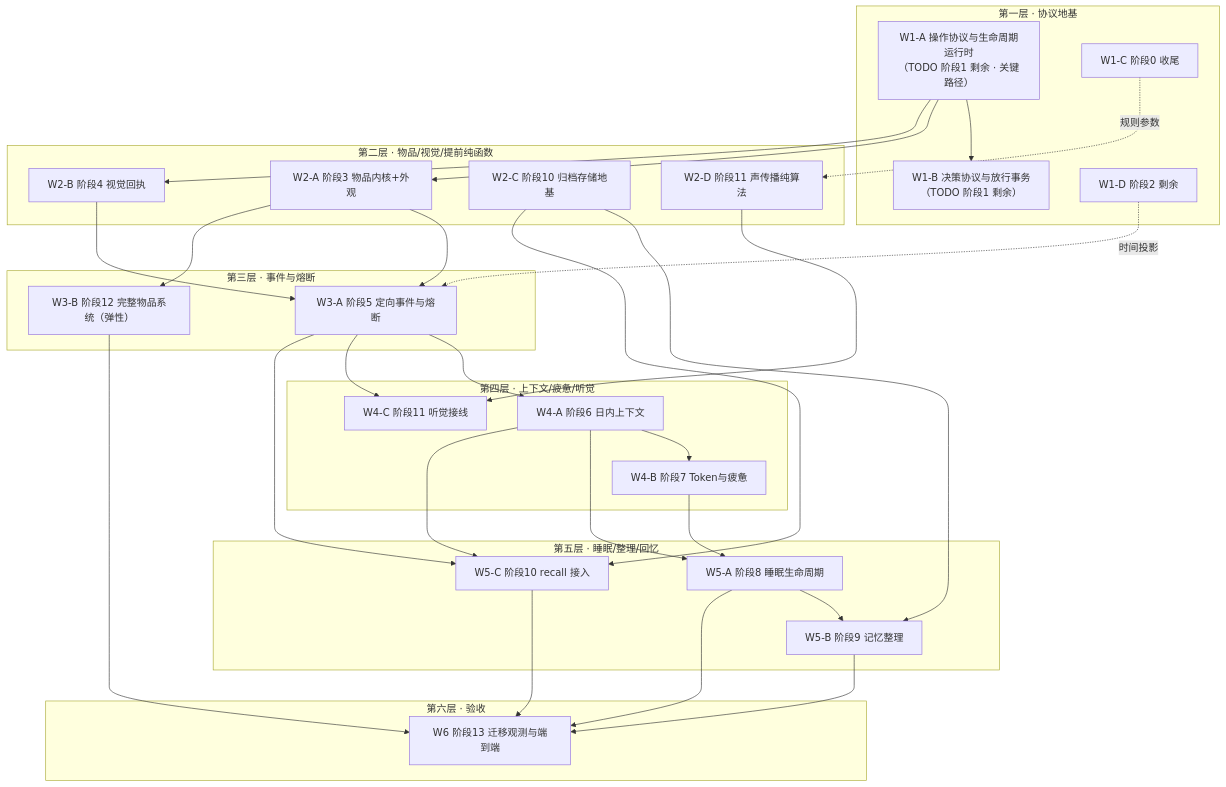
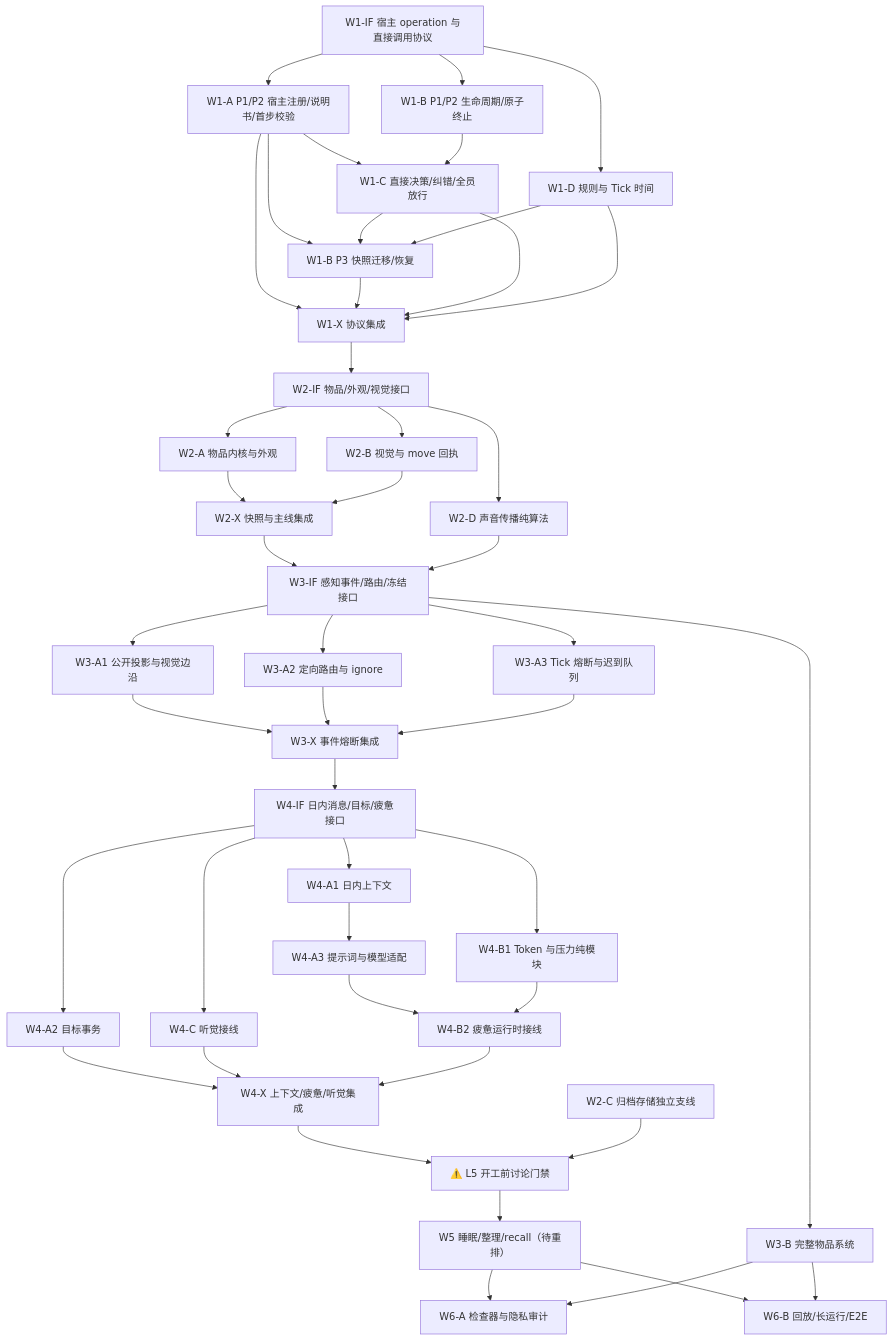
Before and after one commit to mitao-su/GodSimulation: the diagram in docs/architecture/character-context-parallel-waves.md, drawn with Mermaid. The commit also changed other lines of this file and 3 other files, not shown here.

````diff
--- a/docs/architecture/character-context-parallel-waves.md
+++ b/docs/architecture/character-context-parallel-waves.md
@@ -53,61 +63,53 @@
 ```mermaid
 flowchart TB
-  subgraph L1["第一层 · 协议地基"]
-    W1A["W1-A 操作协议与生命周期运行时<br/>（TODO 阶段1 剩余 · 关键路径）"]
-    W1B["W1-B 决策协议与放行事务<br/>（TODO 阶段1 剩余）"]
-    W1C["W1-C 阶段0 收尾"]
-    W1D["W1-D 阶段2 剩余"]
-  end
+  W1IF["W1-IF 宿主 operation 与直接调用协议"] --> W1A["W1-A P1/P2 宿主注册/说明书/首步校验"]
+  W1IF --> W1B12["W1-B P1/P2 生命周期/原子终止"]
+  W1IF --> W1D["W1-D 规则与 Tick 时间"]
+  W2C["W2-C 归档存储独立支线"]
+  W1A --> W1C["W1-C 直接决策/纠错/全员放行"]
+  W1B12 --> W1C
+  W1A --> W1B3["W1-B P3 快照迁移/恢复"]
+  W1C --> W1B3
+  W1D --> W1B3
+  W1A --> W1X["W1-X 协议集成"]
+  W1B3 --> W1X
+  W1C --> W1X
+  W1D --> W1X
 
-  subgraph L2["第二层 · 物品/视觉/提前纯函数"]
-    W2A["W2-A 阶段3 物品内核+外观"]
-    W2B["W2-B 阶段4 视觉回执"]
-    W2C["W2-C 阶段10 归档存储地基"]
-    W2D["W2-D 阶段11 声传播纯算法"]
-  end
+  W1X --> W2IF["W2-IF 物品/外观/视觉接口"]
+  W2IF --> W2A["W2-A 物品内核与外观"]
+  W2IF --> W2B["W2-B 视觉与 move 回执"]
+  W2IF --> W2D["W2-D 声音传播纯算法"]
+  W2A --> W2X["W2-X 快照与主线集成"]
+  W2B --> W2X
 
-  subgraph L3["第三层 · 事件与熔断"]
-    W3A["W3-A 阶段5 定向事件与熔断"]
-    W3B["W3-B 阶段12 完整物品系统（弹性）"]
-  end
+  W2X --> W3IF["W3-IF 感知事件/路由/冻结接口"]
+  W2D --> W3IF
+  W3IF --> W3A1["W3-A1 公开投影与视觉边沿"]
+  W3IF --> W3A2["W3-A2 定向路由与 ignore"]
+  W3IF --> W3A3["W3-A3 Tick 熔断与迟到队列"]
+  W3IF --> W3B["W3-B 完整物品系统"]
+  W3A1 --> W3X["W3-X 事件熔断集成"]
+  W3A2 --> W3X
+  W3A3 --> W3X
 
-  subgraph L4["第四层 · 上下文/疲惫/听觉"]
-    W4A["W4-A 阶段6 日内上下文"]
-    W4B["W4-B 阶段7 Token与疲惫"]
-    W4C["W4-C 阶段11 听觉接线"]
-  end
+  W3X --> W4IF["W4-IF 日内消息/目标/疲惫接口"]
+  W4IF --> W4A1["W4-A1 日内上下文"]
+  W4IF --> W4A2["W4-A2 目标事务"]
+  W4IF --> W4B1["W4-B1 Token 与压力纯模块"]
+  W4IF --> W4C["W4-C 听觉接线"]
+  W4A1 --> W4A3["W4-A3 提示词与模型适配"]
+  W4A3 --> W4B2["W4-B2 疲惫运行时接线"]
+  W4B1 --> W4B2
+  W4A2 --> W4X["W4-X 上下文/疲惫/听觉集成"]
+  W4C --> W4X
+  W4B2 --> W4X
 
-  subgraph L5["第五层 · 睡眠/整理/回忆"]
-    W5A["W5-A 阶段8 睡眠生命周期"]
-    W5B["W5-B 阶段9 记忆整理"]
-    W5C["W5-C 阶段10 recall 接入"]
-  end
-
-  subgraph L6["第六层 · 验收"]
-    W6["W6 阶段13 迁移观测与端到端"]
-  end
-
-  W1A --> W1B
-  W1A --> W2A
-  W1A --> W2B
-  W1C -.规则参数.-> W2D
-  W2A --> W3A
-  W2B --> W3A
-  W1D -.时间投影.-> W3A
-  W2A --> W3B
-  W3A --> W4A
-  W3A --> W4C
-  W2D --> W4C
-  W4A --> W4B
-  W4A --> W5A
-  W4B --> W5A
-  W5A --> W5B
-  W2C --> W5B
-  W2C --> W5C
-  W3A --> W5C
-  W4A --> W5C
-  W5A --> W6
-  W5B --> W6
-  W5C --> W6
-  W3B --> W6
+  W4X --> L5GATE["⚠️ L5 开工前讨论门禁"]
+  W2C --> L5GATE
+  L5GATE --> W5["W5 睡眠/整理/recall（待重排）"]
+  W5 --> W6A["W6-A 检查器与隐私审计"]
+  W5 --> W6B["W6-B 回放/长运行/E2E"]
+  W3B --> W6A
+  W3B --> W6B
 ```
````
